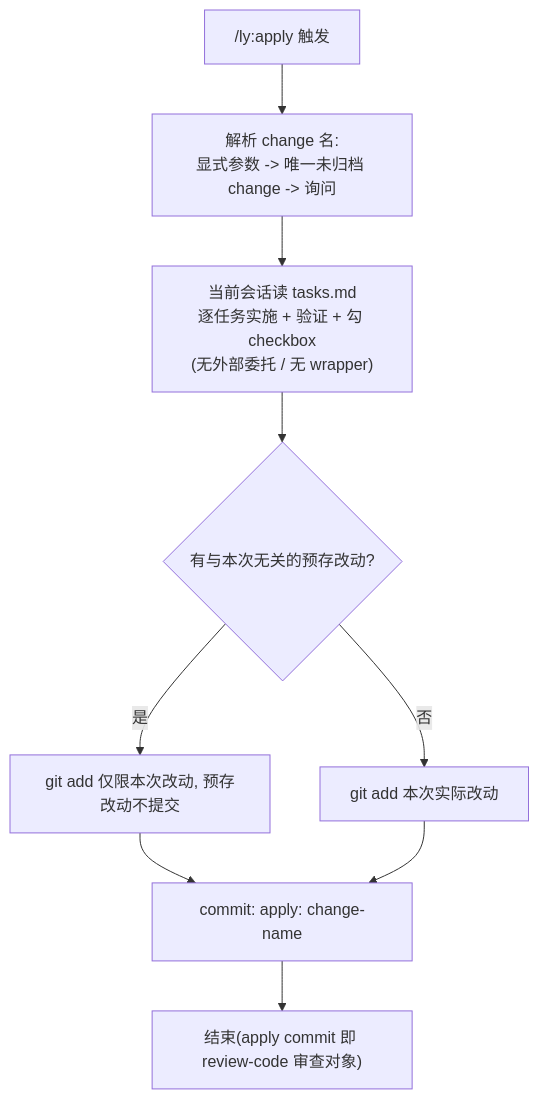
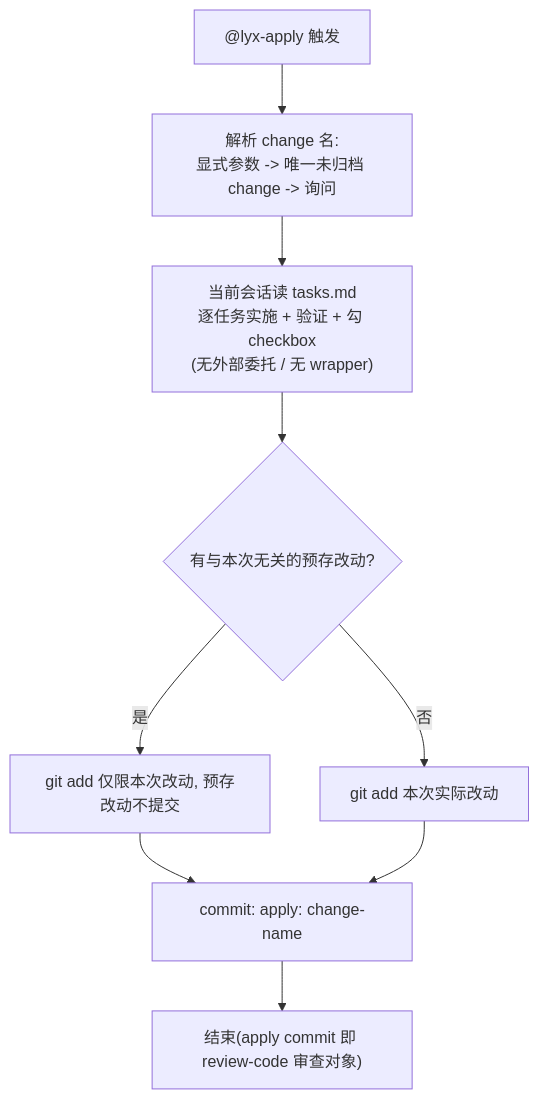
One commit to FE-runner/ly-workflow-codex changed the second of 3 diagrams in workflow.md. Above: the diagram before and after it, drawn with Mermaid. The commit also changed other lines of this file and 47 other files, not shown here.

````diff
--- a/workflow.md
+++ b/workflow.md
@@ -53,11 +53,11 @@
 ```mermaid
 flowchart TD
-    Apply["/ly:apply 触发"] --> Resolve["解析 change 名:<br/>显式参数 -> 唯一未归档 change -> 询问"]
+    Apply["@lyx-apply 触发"] --> Resolve["解析 change 名:<br/>显式参数 -> 唯一未归档 change -> 询问"]
     Resolve --> SelfImpl["当前会话读 tasks.md<br/>逐任务实施 + 验证 + 勾 checkbox<br/>(无外部委托 / 无 wrapper)"]
     SelfImpl --> PreCheck{"有与本次无关的预存改动?"}
     PreCheck -->|是| PreNote["git add 仅限本次改动, 预存改动不提交"]
     PreCheck -->|否| Normal["git add 本次实际改动"]
     PreNote --> AppCommit["commit: apply: change-name"]
     Normal --> AppCommit
     AppCommit --> End["结束(apply commit 即 review-code 审查对象)"]
 ```
````
